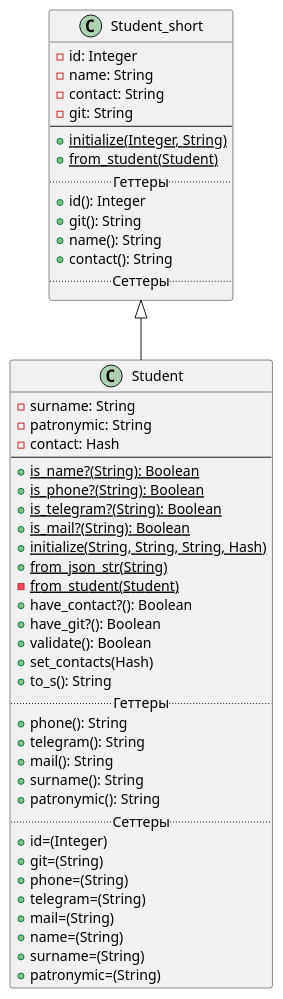
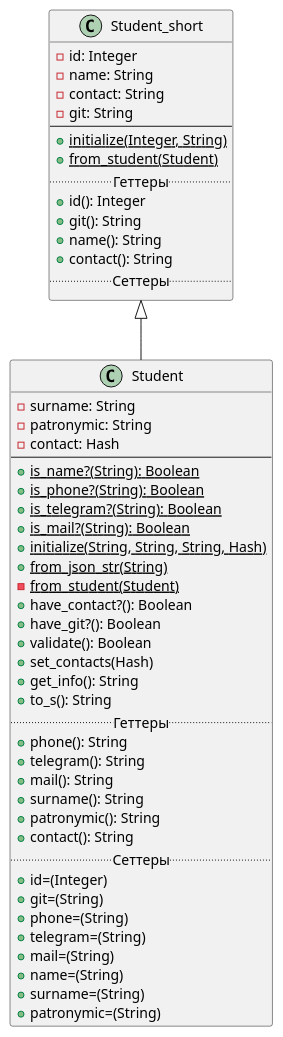
The diagram in Lab2/task1/StudentDiagram.puml (VitalijGolovij/PatternProgLabs), drawn with PlantUML before and after one commit. The commit also changed 1 other file, not shown here.

Commit message:
поправил диаграмму, добавил get_info, исправил конструктор

```diff
--- a/Lab2/task1/StudentDiagram.puml
+++ b/Lab2/task1/StudentDiagram.puml
@@ -1,54 +1,56 @@
 @startuml
 'https://plantuml.com/sequence-diagram
 Class Student_short
  {
       -id: Integer
       -name: String
       -contact: String
       -git: String
  --
       +{static}initialize(Integer, String)
       +{static}from_student(Student)
       .. Геттеры ..
       +id(): Integer
       +git(): String
       +name(): String
       +contact(): String
       .. Сеттеры ..
   }
 
 
 Class Student extends Student_short{
      -surname: String
      -patronymic: String
      -contact: Hash
 --
      +{static}is_name?(String): Boolean
      +{static}is_phone?(String): Boolean
      +{static}is_telegram?(String): Boolean
      +{static}is_mail?(String): Boolean
      +{static}initialize(String, String, String, Hash)
      +{static}from_json_str(String)
      -{static}from_student(Student)
      +have_contact?(): Boolean
      +have_git?(): Boolean
      +validate(): Boolean
      +set_contacts(Hash)
+     +get_info(): String
      +to_s(): String
      .. Геттеры ..
      +phone(): String
      +telegram(): String
      +mail(): String
      +surname(): String
      +patronymic(): String
+     +contact(): String
      .. Сеттеры ..
      +id=(Integer)
      +git=(String)
      +phone=(String)
      +telegram=(String)
      +mail=(String)
      +name=(String)
      +surname=(String)
      +patronymic=(String)
  }
 @enduml
```
